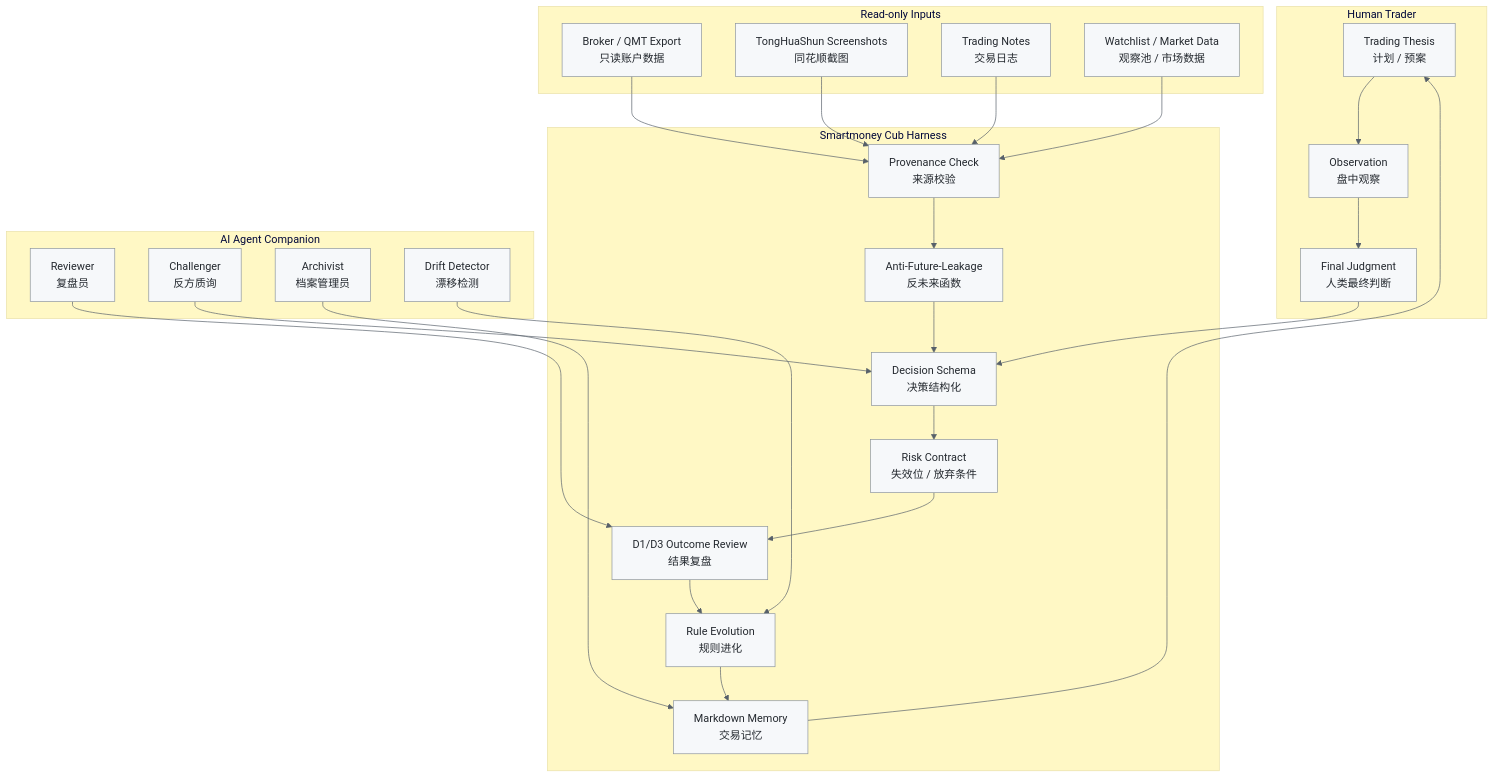
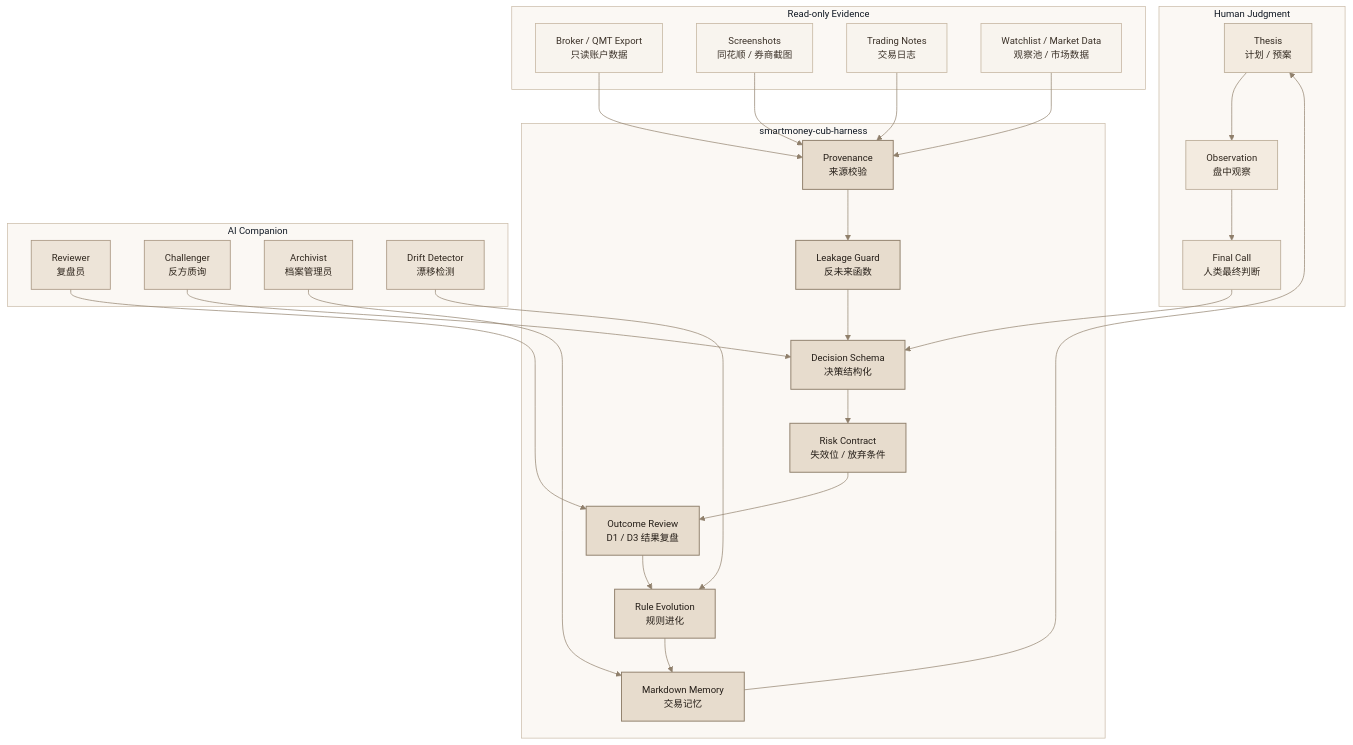
One commit to myc0576/smartmoney-cub-harness changed the diagram in README.zh-CN.md. Above: the diagram before and after it, drawn with Mermaid. The commit also changed other lines of this file and 3 other files, not shown here.

````diff
--- a/README.zh-CN.md
+++ b/README.zh-CN.md
@@ -110,46 +85,56 @@
 ```mermaid
-%%{init: {"theme": "base", "themeVariables": {"primaryColor": "#f6f8fa", "primaryTextColor": "#24292f", "primaryBorderColor": "#8c959f", "lineColor": "#57606a", "secondaryColor": "#ddf4ff", "tertiaryColor": "#fff8c5"}}}%%
+%%{init: {"theme": "base", "themeVariables": {"background": "#f7f3ee", "primaryColor": "#f0e7db", "primaryTextColor": "#2f261d", "primaryBorderColor": "#b9aa96", "lineColor": "#8f7f6b", "secondaryColor": "#e8ded1", "tertiaryColor": "#efe7dc", "clusterBkg": "#fbf8f4", "clusterBorder": "#c8b9a5", "fontSize": "14px"}}}%%
 flowchart TD
-  subgraph Human["Human Trader"]
-    A["Trading Thesis<br/>计划 / 预案"]
+  subgraph Human["Human Judgment"]
+    A["Thesis<br/>计划 / 预案"]
     B["Observation<br/>盘中观察"]
-    C["Final Judgment<br/>人类最终判断"]
+    C["Final Call<br/>人类最终判断"]
   end
 
-  subgraph Inputs["Read-only Inputs"]
+  subgraph Inputs["Read-only Evidence"]
     I1["Broker / QMT Export<br/>只读账户数据"]
-    I2["TongHuaShun Screenshots<br/>同花顺截图"]
+    I2["Screenshots<br/>同花顺 / 券商截图"]
     I3["Trading Notes<br/>交易日志"]
     I4["Watchlist / Market Data<br/>观察池 / 市场数据"]
   end
 
-  subgraph Harness["Smartmoney Cub Harness"]
-    H1["Provenance Check<br/>来源校验"]
-    H2["Anti-Future-Leakage<br/>反未来函数"]
+  subgraph Harness["smartmoney-cub-harness"]
+    H1["Provenance<br/>来源校验"]
+    H2["Leakage Guard<br/>反未来函数"]
     H3["Decision Schema<br/>决策结构化"]
     H4["Risk Contract<br/>失效位 / 放弃条件"]
-    H5["D1/D3 Outcome Review<br/>结果复盘"]
+    H5["Outcome Review<br/>D1 / D3 结果复盘"]
     H6["Rule Evolution<br/>规则进化"]
     H7["Markdown Memory<br/>交易记忆"]
   end
 
-  subgraph Agent["AI Agent Companion"]
+  subgraph Agent["AI Companion"]
     G1["Reviewer<br/>复盘员"]
     G2["Challenger<br/>反方质询"]
     G3["Archivist<br/>档案管理员"]
     G4["Drift Detector<br/>漂移检测"]
   end
 
   A --> B --> C
   I1 --> H1
   I2 --> H1
   I3 --> H1
   I4 --> H1
   C --> H3
   H1 --> H2 --> H3 --> H4 --> H5 --> H6 --> H7
   H7 --> A
   G1 --> H5
   G2 --> H3
   G3 --> H7
   G4 --> H6
+
+  classDef human fill:#f3ebe0,stroke:#b9aa96,color:#2f261d,stroke-width:1.2px;
+  classDef input fill:#f8f4ee,stroke:#c8b9a5,color:#3b3128,stroke-width:1.2px;
+  classDef harness fill:#e7dccd,stroke:#8f7f6b,color:#241d17,stroke-width:1.4px;
+  classDef agent fill:#ede4d8,stroke:#a89681,color:#2f261d,stroke-width:1.2px;
+
+  class A,B,C human;
+  class I1,I2,I3,I4 input;
+  class H1,H2,H3,H4,H5,H6,H7 harness;
+  class G1,G2,G3,G4 agent;
 ```
````
